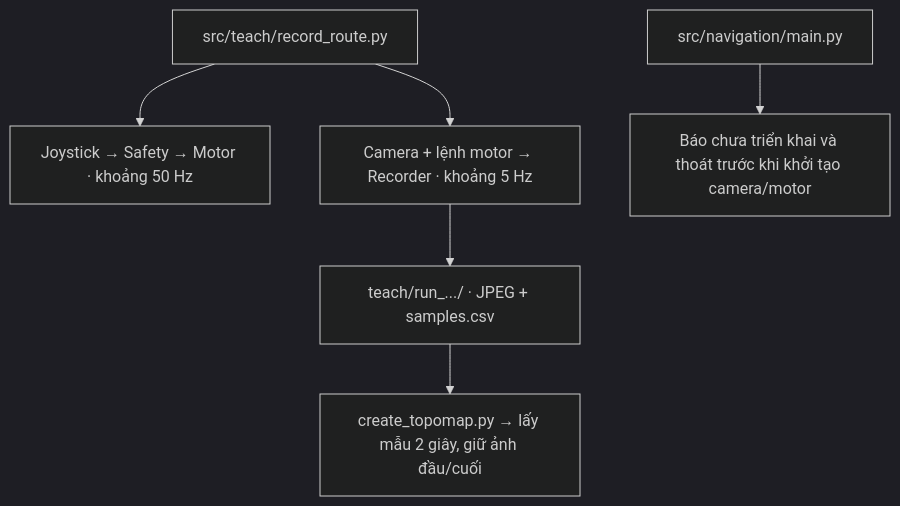
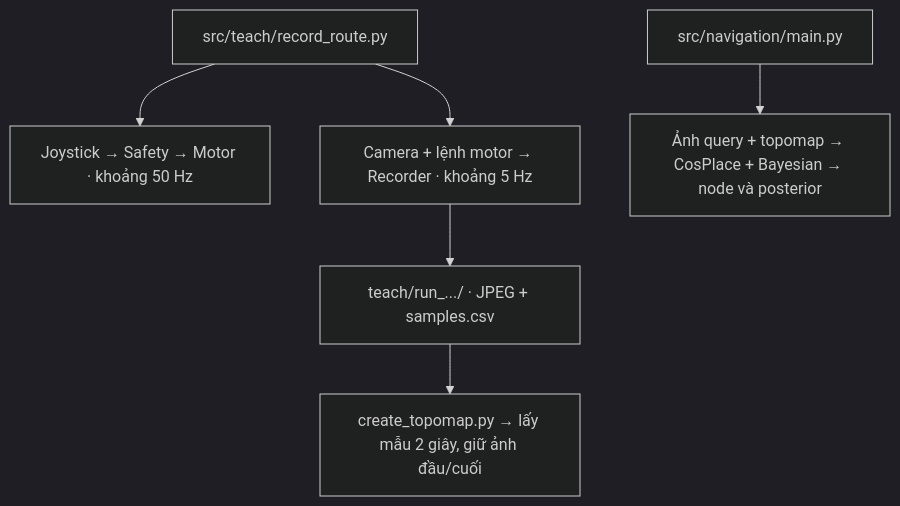
One commit to ToiLaKiet/the-patrol-jetbot changed the diagram in README.md. Above: the diagram before and after it, drawn with Mermaid (dark theme). The commit also changed other lines of this file and 17 other files, not shown here.

````diff
--- a/README.md
+++ b/README.md
@@ -11,10 +11,10 @@
 ```mermaid
 flowchart TD
     Teach["src/teach/record_route.py"]
     Navigation["src/navigation/main.py"]
     Teach --> Joystick["Joystick → Safety → Motor · khoảng 50 Hz"]
     Teach --> Recorder["Camera + lệnh motor → Recorder · khoảng 5 Hz"]
     Recorder --> Data["teach/run_.../ · JPEG + samples.csv"]
     Data --> Topomap["create_topomap.py → lấy mẫu 2 giây, giữ ảnh đầu/cuối"]
-    Navigation --> Pending["Báo chưa triển khai và thoát trước khi khởi tạo camera/motor"]
+    Navigation --> Localization["Ảnh query + topomap → CosPlace + Bayesian → node và posterior"]
 ```
````
